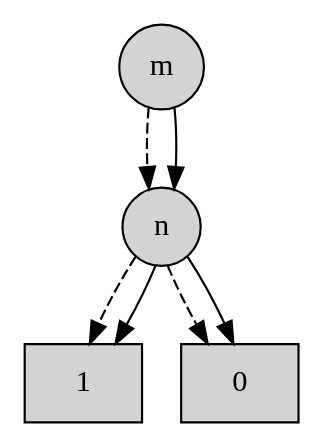
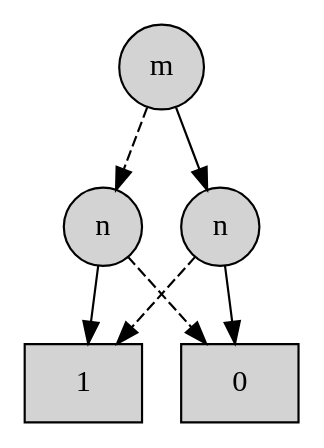
Before and after one commit to Alan-Jowett/dagir: the diagram in samples/expression_bdd_dot/xor_mn.dot, drawn with Graphviz. The commit also changed 86 other files, not shown here.

```diff
--- a/samples/expression_bdd_dot/xor_mn.dot
+++ b/samples/expression_bdd_dot/xor_mn.dot
@@ -1,14 +1,14 @@
 digraph bdd {
   rankdir=TB;
-  "m" [label = "m", style = "filled", name = "m", shape = "circle"];
-  "n" [label = "n", style = "filled", name = "n", shape = "circle"];
-  "n" [label = "n", style = "filled", name = "n", shape = "circle"];
-  "node4" [label = "1", style = "filled", name = "node4", shape = "box", fillcolor = "lightgray"];
-  "node5" [label = "0", style = "filled", name = "node5", shape = "box", fillcolor = "lightgray"];
-  "m" -> "n" [style = "dashed"];
-  "m" -> "n" [style = "solid"];
-  "n" -> "node4" [style = "dashed"];
-  "n" -> "node4" [style = "solid"];
-  "n" -> "node5" [style = "dashed"];
-  "n" -> "node5" [style = "solid"];
+  "node000" [label = "m", style = "filled", name = "node000", shape = "circle"];
+  "node001" [label = "n", style = "filled", name = "node001", shape = "circle"];
+  "node002" [label = "n", style = "filled", name = "node002", shape = "circle"];
+  "node003" [label = "1", style = "filled", name = "node003", shape = "box", fillcolor = "lightgray"];
+  "node004" [label = "0", style = "filled", name = "node004", shape = "box", fillcolor = "lightgray"];
+  "node000" -> "node001" [style = "dashed"];
+  "node000" -> "node002" [style = "solid"];
+  "node001" -> "node003" [style = "solid"];
+  "node001" -> "node004" [style = "dashed"];
+  "node002" -> "node003" [style = "dashed"];
+  "node002" -> "node004" [style = "solid"];
 }
```
